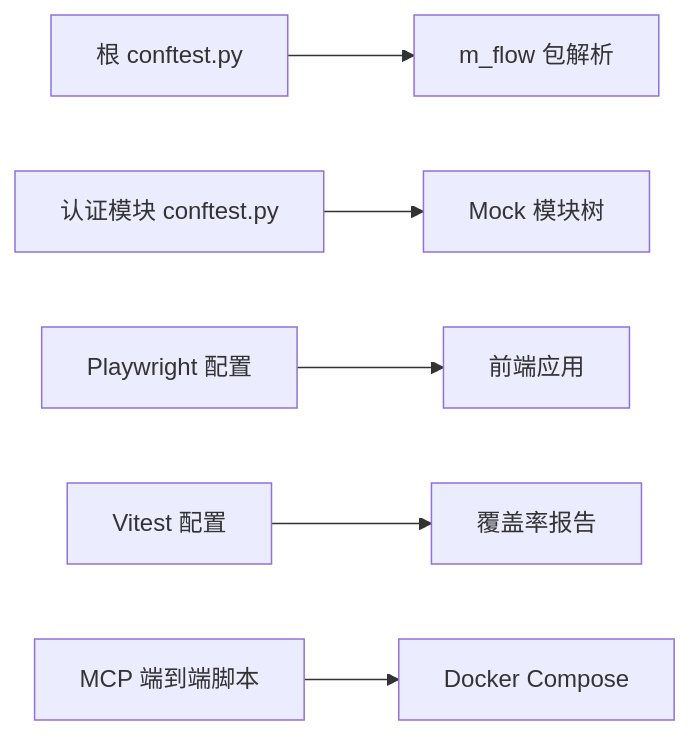
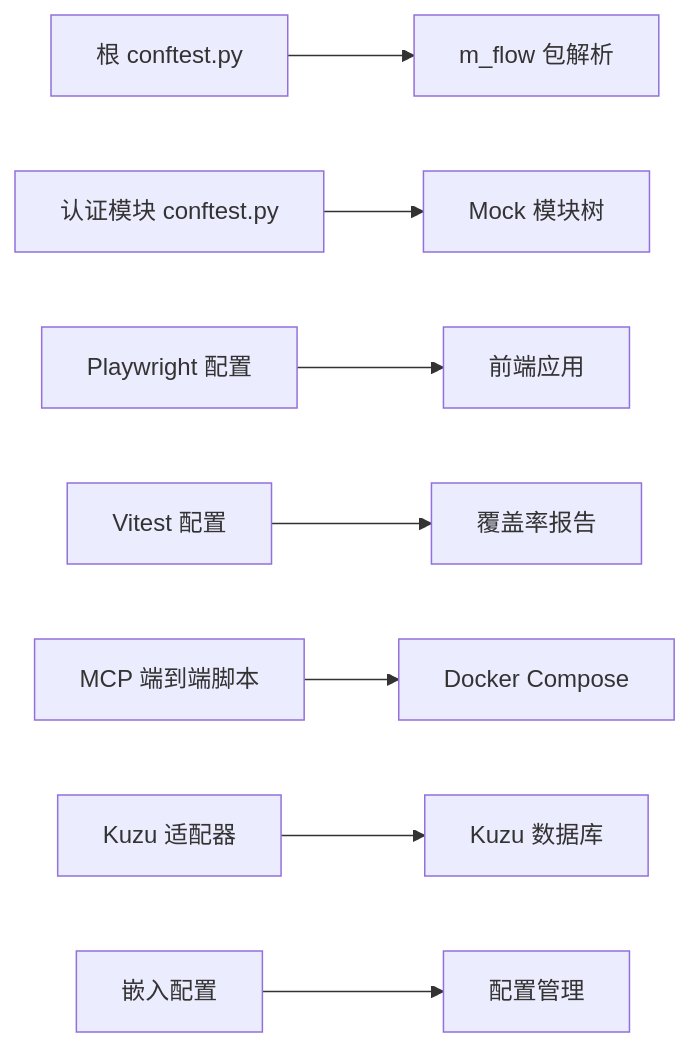
One commit to alvinwangzi/m_flow changed the eighth of 8 diagrams in .qoder/repowiki/zh/content/开发指南/测试策略/测试策略.md. Above: the diagram before and after it, drawn with Mermaid. The commit also changed other lines of this file and 38 other files, not shown here.

````diff
--- a/.qoder/repowiki/zh/content/开发指南/测试策略/测试策略.md
+++ b/.qoder/repowiki/zh/content/开发指南/测试策略/测试策略.md
@@ -230,8 +303,10 @@
 ```mermaid
 graph LR
 RC["根 conftest.py"] --> P["m_flow 包解析"]
 AC["认证模块 conftest.py"] --> M["Mock 模块树"]
 PW["Playwright 配置"] --> FE["前端应用"]
 VT["Vitest 配置"] --> COV["覆盖率报告"]
 MCPE2E["MCP 端到端脚本"] --> DC["Docker Compose"]
+KUZU["Kuzu 适配器"] --> DB["Kuzu 数据库"]
+EMB["嵌入配置"] --> CFG["配置管理"]
 ```
````
